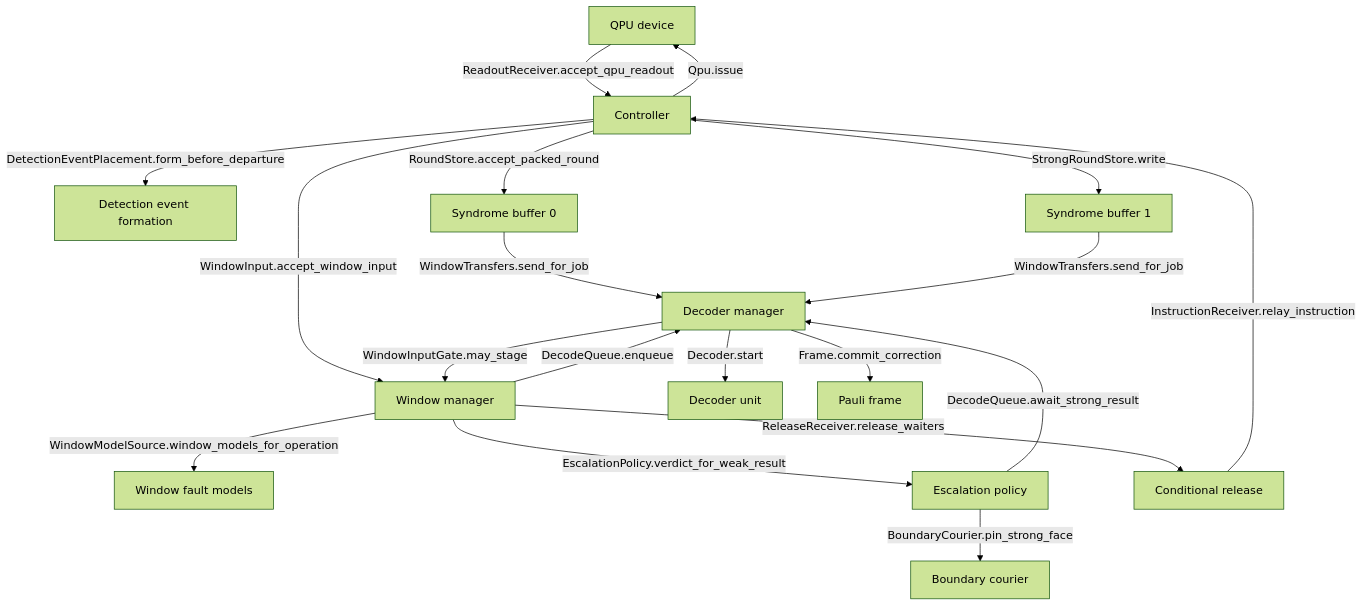
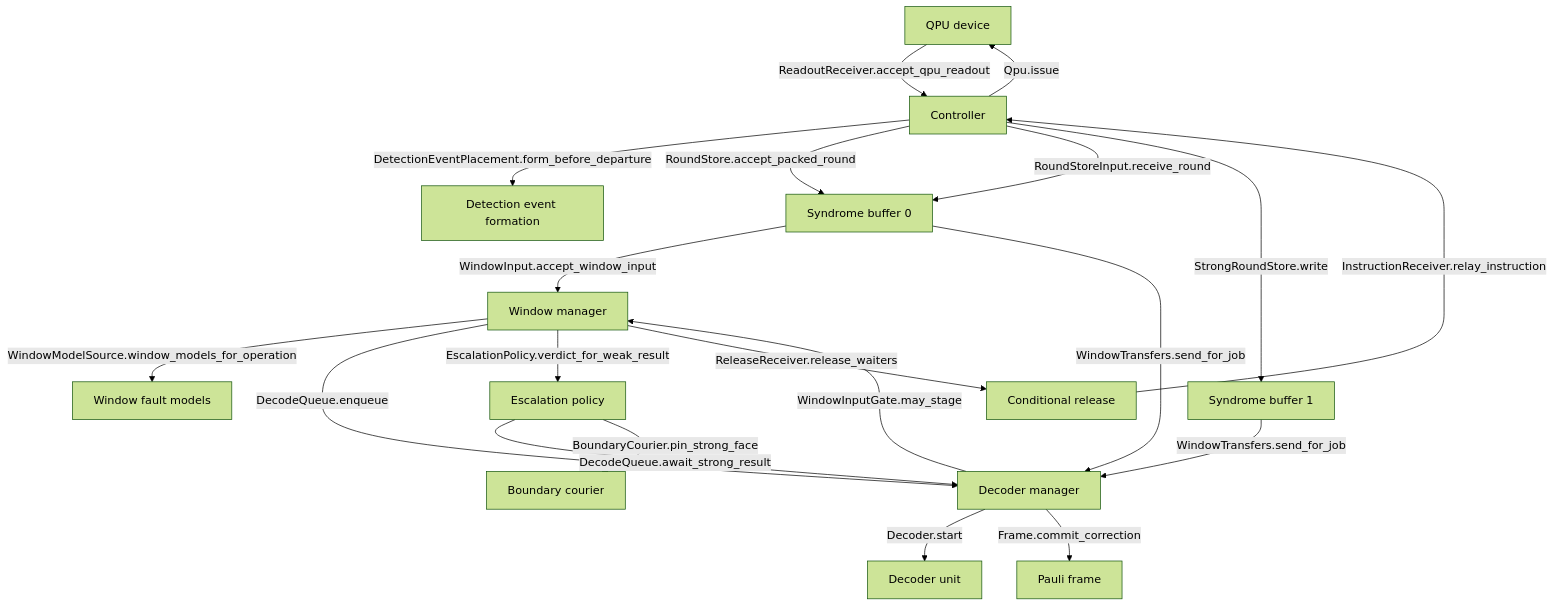
The diagram in docs/explanation/architecture.md (Subashkatel/decsim), drawn with Mermaid (forest theme) before and after one commit. The commit also changed 17 other files, not shown here.

````diff
--- a/docs/explanation/architecture.md
+++ b/docs/explanation/architecture.md
@@ -43,34 +43,35 @@
 ```mermaid
 graph TD
     %% Qpu = qpu
     %% Controller = controller
     %% Formation = detector_error_model
     %% Buffer0 = syndrome_buffer
     %% Buffer1 = syndrome_buffer
     %% Windows = windows
     %% Models = qpu
     %% Decoders = decoders
     %% Unit = decoders
     %% Escalation = escalation
     %% Courier = windows
     %% Frame = pauli_frame
     %% Release = controller
     Qpu["QPU device"] -->|"ReadoutReceiver.accept_qpu_readout"| Controller
     Controller -->|"DetectionEventPlacement.form_before_departure"| Formation["Detection event formation"]
     Controller -->|"RoundStore.accept_packed_round"| Buffer0["Syndrome buffer 0"]
+    Controller -->|"RoundStoreInput.receive_round"| Buffer0
     Controller -->|"StrongRoundStore.write"| Buffer1["Syndrome buffer 1"]
-    Controller -->|"WindowInput.accept_window_input"| Windows["Window manager"]
+    Buffer0 -->|"WindowInput.accept_window_input"| Windows["Window manager"]
     Windows -->|"WindowModelSource.window_models_for_operation"| Models["Window fault models"]
     Windows -->|"DecodeQueue.enqueue"| Decoders["Decoder manager"]
     Buffer0 -->|"WindowTransfers.send_for_job"| Decoders
     Decoders -->|"WindowInputGate.may_stage"| Windows
     Decoders -->|"Decoder.start"| Unit["Decoder unit"]
     Windows -->|"EscalationPolicy.verdict_for_weak_result"| Escalation["Escalation policy"]
     Escalation -->|"DecodeQueue.await_strong_result"| Decoders
     Escalation -->|"BoundaryCourier.pin_strong_face"| Courier["Boundary courier"]
     Buffer1 -->|"WindowTransfers.send_for_job"| Decoders
     Decoders -->|"Frame.commit_correction"| Frame["Pauli frame"]
     Windows -->|"ReleaseReceiver.release_waiters"| Release["Conditional release"]
     Release -->|"InstructionReceiver.relay_instruction"| Controller
     Controller -->|"Qpu.issue"| Qpu
 ```
````
